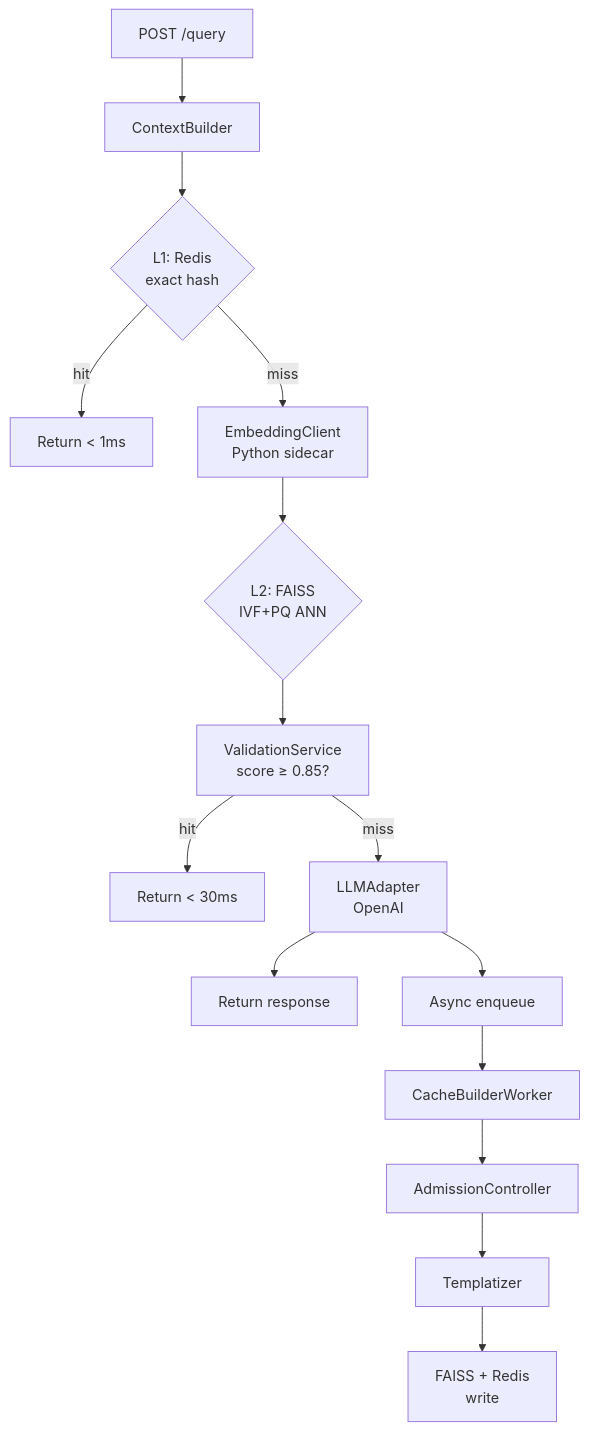
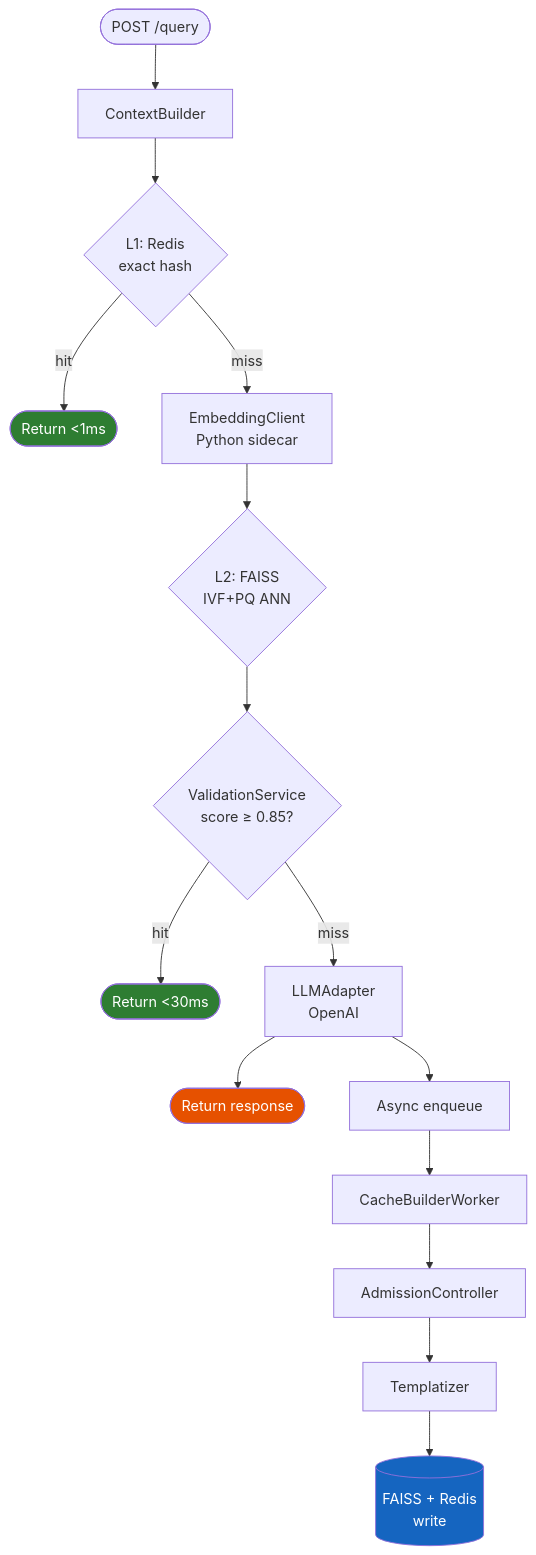
One commit to Ciphercrypt/LettuceCache changed the diagram in docs/index.md. Above: the diagram before and after it, drawn with Mermaid. The commit also changed other lines of this file and 5 other files, not shown here.

First line of the commit message:
docs: fix Mermaid rendering, grid cards, and beautify site

````diff
--- a/docs/index.md
+++ b/docs/index.md
@@ -87,17 +99,22 @@
 ```mermaid
 flowchart TD
-    A[POST /query] --> B[ContextBuilder]
+    A([POST /query]) --> B[ContextBuilder]
     B --> C{L1: Redis\nexact hash}
-    C -- hit --> Z[Return < 1ms]
+    C -- hit --> Z([Return &lt;1ms])
     C -- miss --> D[EmbeddingClient\nPython sidecar]
     D --> E{L2: FAISS\nIVF+PQ ANN}
-    E --> F[ValidationService\nscore ≥ 0.85?]
-    F -- hit --> G[Return < 30ms]
+    E --> F{ValidationService\nscore ≥ 0.85?}
+    F -- hit --> G([Return &lt;30ms])
     F -- miss --> H[LLMAdapter\nOpenAI]
-    H --> I[Return response]
+    H --> I([Return response])
     H --> J[Async enqueue]
     J --> K[CacheBuilderWorker]
     K --> L[AdmissionController]
     L --> M[Templatizer]
-    M --> N[FAISS + Redis\nwrite]
+    M --> N[(FAISS + Redis\nwrite)]
+
+    style Z fill:#2e7d32,color:#fff
+    style G fill:#2e7d32,color:#fff
+    style I fill:#e65100,color:#fff
+    style N fill:#1565c0,color:#fff
 ```
````
